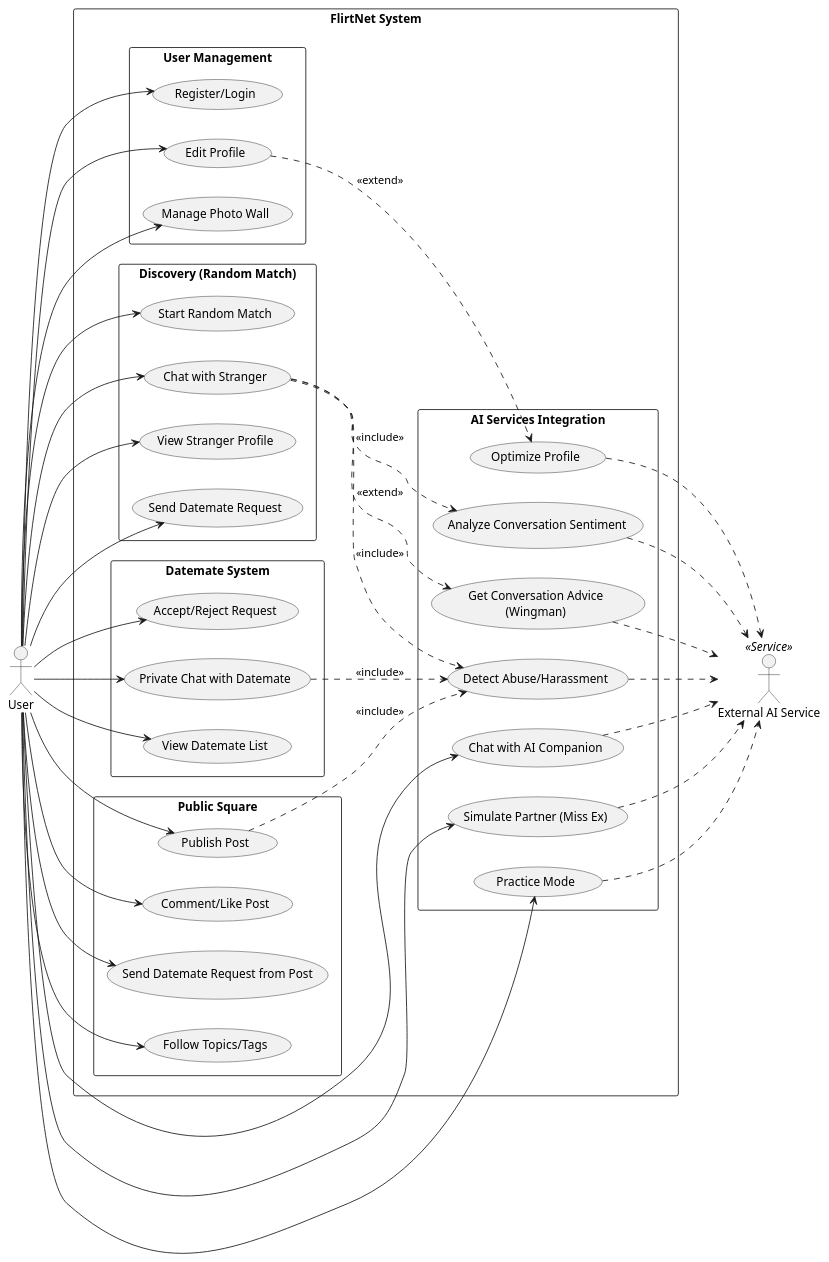
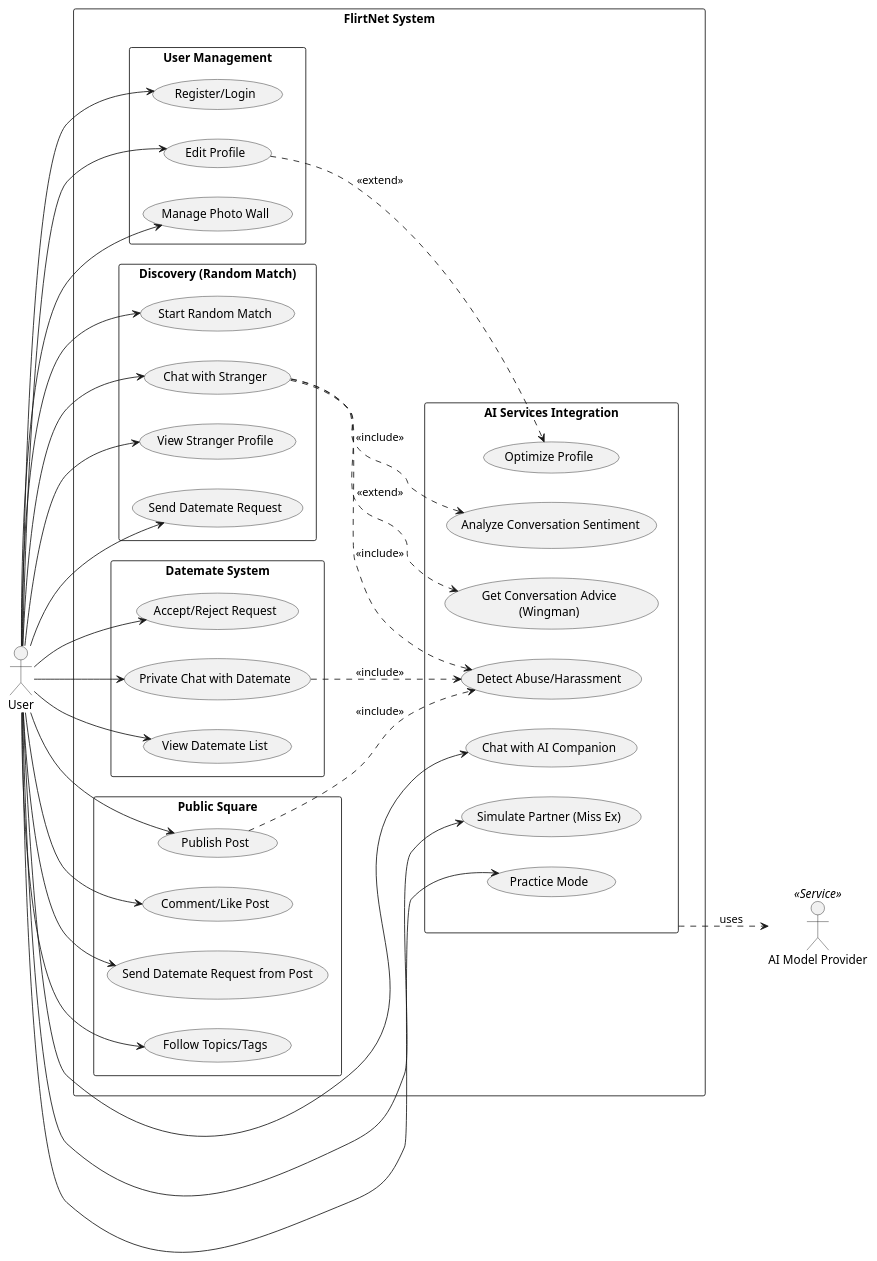
One commit to TerenceSoOn/software_design_assessment changed the diagram in doc/diagrams/usecase.puml. Above: the diagram before and after it, drawn with PlantUML. The commit also changed 13 other files, not shown here.

```diff
--- a/doc/diagrams/usecase.puml
+++ b/doc/diagrams/usecase.puml
@@ -1,88 +1,82 @@
 @startuml
 left to right direction
 skinparam packageStyle rectangle
 
 actor "User" as U
-actor "External AI Service" as AI_API <<Service>>
+actor "AI Model Provider" as AI_API <<Service>>
 
 rectangle "FlirtNet System" {
 
   package "User Management" {
     usecase "Register/Login" as UC_Auth
     usecase "Edit Profile" as UC_EditProfile
     usecase "Manage Photo Wall" as UC_Photos
   }
 
   package "Discovery (Random Match)" {
     usecase "Start Random Match" as UC_Match
     usecase "Chat with Stranger" as UC_ChatRandom
     usecase "View Stranger Profile" as UC_ViewProfile
     usecase "Send Datemate Request" as UC_SendReq_Match
   }
 
   package "Datemate System" {
     usecase "Accept/Reject Request" as UC_HandleReq
     usecase "Private Chat with Datemate" as UC_ChatPrivate
     usecase "View Datemate List" as UC_ViewDatemates
   }
 
   package "Public Square" {
     usecase "Publish Post" as UC_Post
     usecase "Comment/Like Post" as UC_Interact
     usecase "Send Datemate Request from Post" as UC_SendReq_Post
     usecase "Follow Topics/Tags" as UC_Follow
   }
 
   package "AI Services Integration" {
     usecase "Get Conversation Advice\n(Wingman)" as UC_AI_Wingman
     usecase "Analyze Conversation Sentiment" as UC_AI_Atmosphere
     usecase "Detect Abuse/Harassment" as UC_AI_Safety
     usecase "Optimize Profile" as UC_AI_Profile
     usecase "Chat with AI Companion" as UC_AI_Companion
     usecase "Simulate Partner (Miss Ex)" as UC_AI_Ex
     usecase "Practice Mode" as UC_AI_Practice
   }
 }
 
 ' User Interactions
 U --> UC_Auth
 U --> UC_EditProfile
 U --> UC_Photos
 
 U --> UC_Match
 U --> UC_ChatRandom
 U --> UC_ViewProfile
 U --> UC_SendReq_Match
 
 U --> UC_HandleReq
 U --> UC_ChatPrivate
 U --> UC_ViewDatemates
 
 U --> UC_Post
 U --> UC_Interact
 U --> UC_Follow
 U --> UC_SendReq_Post
 
 ' Direct AI Feature Usage
 U --> UC_AI_Companion
 U --> UC_AI_Ex
 U --> UC_AI_Practice
 
 ' AI Integration (Includes/Extends)
 UC_ChatRandom ..> UC_AI_Wingman : <<extend>>
 UC_ChatRandom ..> UC_AI_Atmosphere : <<include>>
 UC_ChatRandom ..> UC_AI_Safety : <<include>>
 UC_ChatPrivate ..> UC_AI_Safety : <<include>>
 UC_Post ..> UC_AI_Safety : <<include>>
 UC_EditProfile ..> UC_AI_Profile : <<extend>>
 
 ' External AI Service Connection
-UC_AI_Wingman ..> AI_API
-UC_AI_Atmosphere ..> AI_API
-UC_AI_Safety ..> AI_API
-UC_AI_Profile ..> AI_API
-UC_AI_Companion ..> AI_API
-UC_AI_Ex ..> AI_API
-UC_AI_Practice ..> AI_API
+"AI Services Integration" ..> AI_API : uses
 
 @enduml
```
